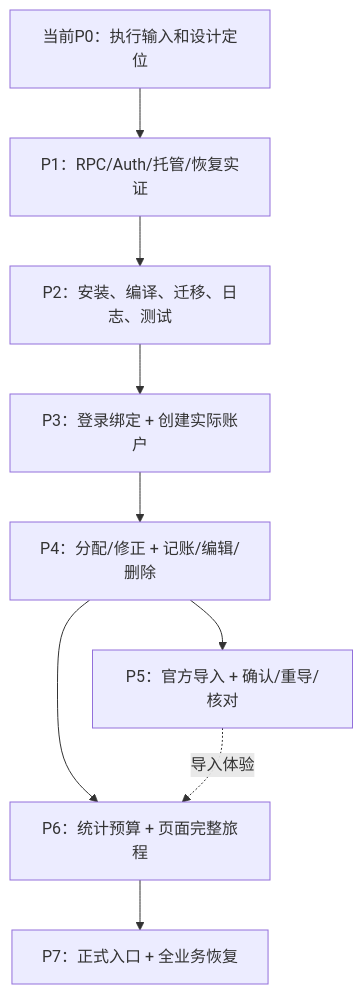
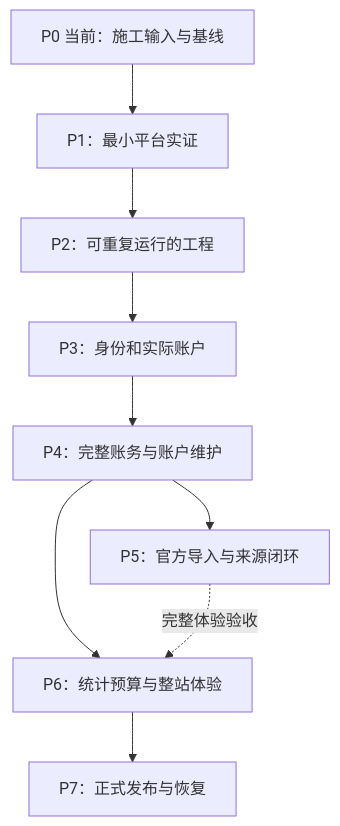
One commit to AsteriaAnna/ledger-final changed the seventh of 7 diagrams in docs/PHASE_DELIVERIES_AND_DEPENDENCIES.md. Above: the diagram before and after it, drawn with Mermaid. The commit also changed other lines of this file and 1 other file, not shown here.

````diff
--- a/docs/PHASE_DELIVERIES_AND_DEPENDENCIES.md
+++ b/docs/PHASE_DELIVERIES_AND_DEPENDENCIES.md
@@ -184,11 +534,11 @@
 ```mermaid
 flowchart TB
-  P0["当前P0：执行输入和设计定位"] --> P1["P1：RPC/Auth/托管/恢复实证"]
-  P1 --> P2["P2：安装、编译、迁移、日志、测试"]
-  P2 --> P3["P3：登录绑定 + 创建实际账户"]
-  P3 --> P4["P4：分配/修正 + 记账/编辑/删除"]
-  P4 --> P5["P5：官方导入 + 确认/重导/核对"]
-  P4 --> P6["P6：统计预算 + 页面完整旅程"]
-  P5 -.->|导入体验| P6
-  P6 --> P7["P7：正式入口 + 全业务恢复"]
+  P0["P0 当前：施工输入与基线"] --> P1["P1：最小平台实证"]
+  P1 --> P2["P2：可重复运行的工程"]
+  P2 --> P3["P3：身份和实际账户"]
+  P3 --> P4["P4：完整账务与账户维护"]
+  P4 --> P5["P5：官方导入与来源闭环"]
+  P4 --> P6["P6：统计预算与整站体验"]
+  P5 -.->|完整体验验收| P6
+  P6 --> P7["P7：正式发布与恢复"]
 ```
````
